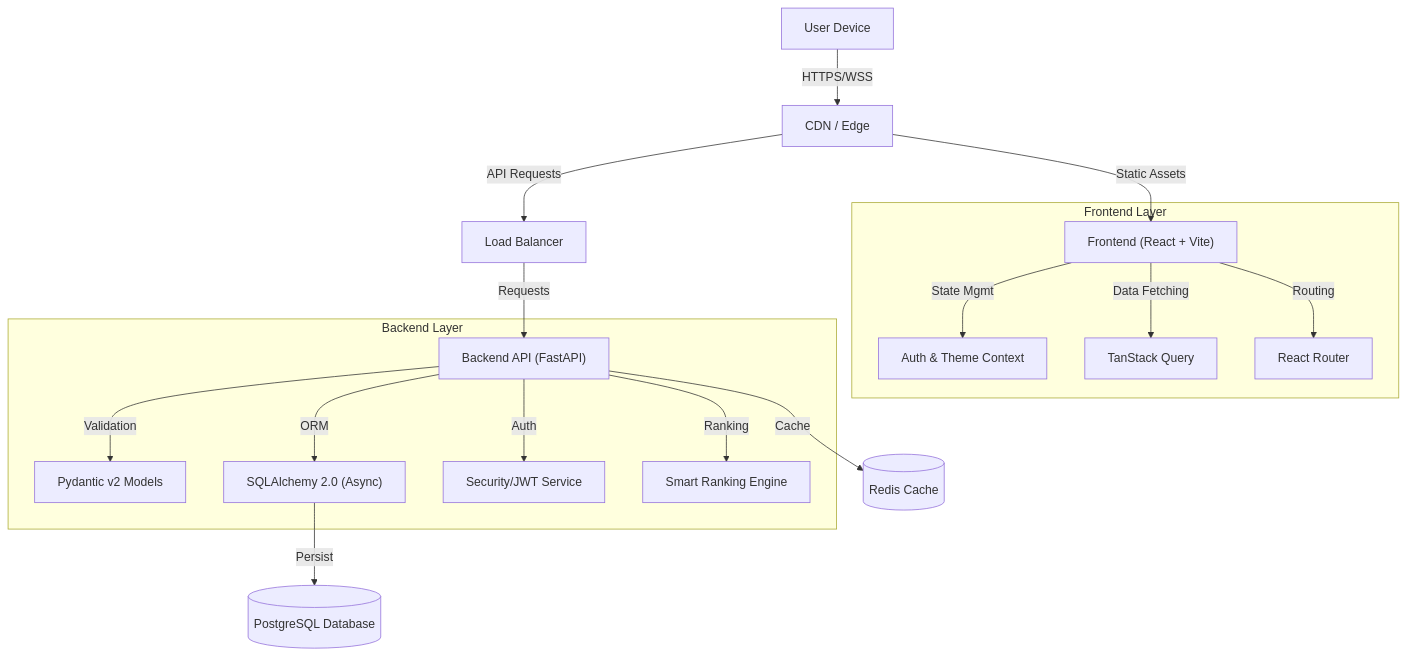
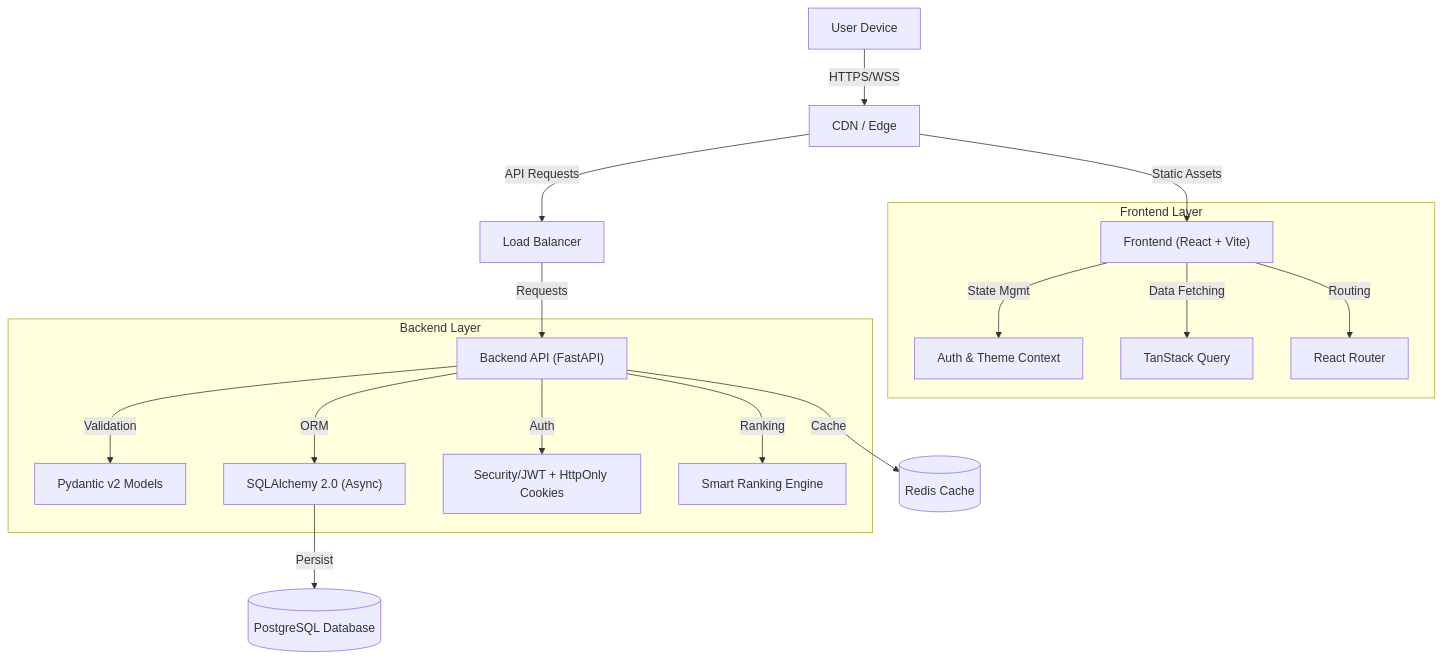
Before and after one commit to vutikurishanmukha9/HeartOut: the diagram in README.md, drawn with Mermaid. The commit also changed other lines of this file and 13 other files, not shown here.

Commit message:
feat: migrate auth to HttpOnly Secure Cookies, update README

````diff
--- a/README.md
+++ b/README.md
@@ -105,24 +110,24 @@
 ```mermaid
 graph TD
     User["User Device"] -->|HTTPS/WSS| CDN["CDN / Edge"]
     CDN -->|Static Assets| FE["Frontend (React + Vite)"]
     CDN -->|API Requests| LB["Load Balancer"]
     
     subgraph "Frontend Layer"
         FE -->|State Mgmt| Context["Auth & Theme Context"]
         FE -->|Data Fetching| Query["TanStack Query"]
         FE -->|Routing| Router["React Router"]
     end
     
     LB -->|Requests| BE["Backend API (FastAPI)"]
     
     subgraph "Backend Layer"
         BE -->|Validation| Pydantic["Pydantic v2 Models"]
         BE -->|ORM| SQL["SQLAlchemy 2.0 (Async)"]
-        BE -->|Auth| Sec["Security/JWT Service"]
+        BE -->|Auth| Sec["Security/JWT + HttpOnly Cookies"]
         BE -->|Ranking| Rank["Smart Ranking Engine"]
     end
     
     SQL -->|Persist| DB[("PostgreSQL Database")]
     BE -->|Cache| Redis[("Redis Cache")]
 ```
````
